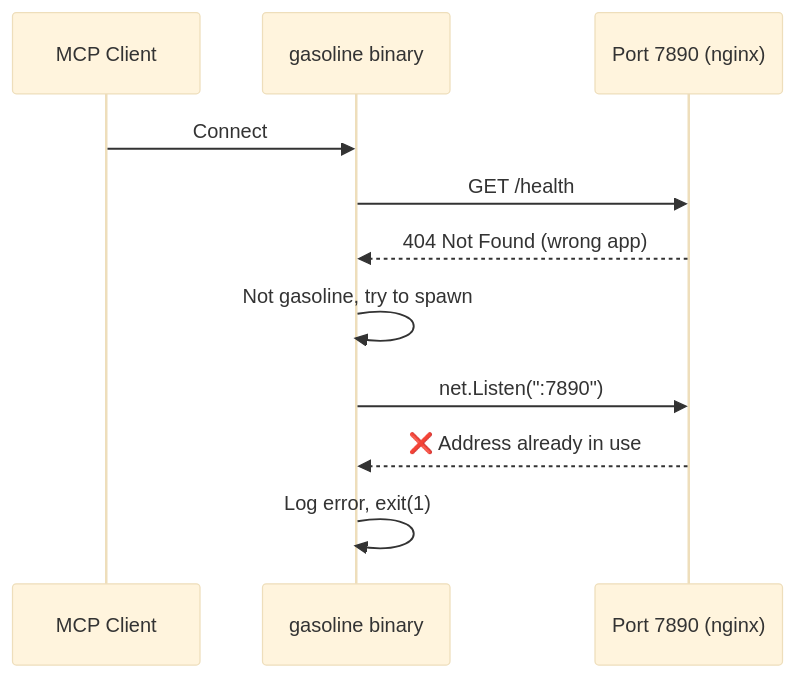
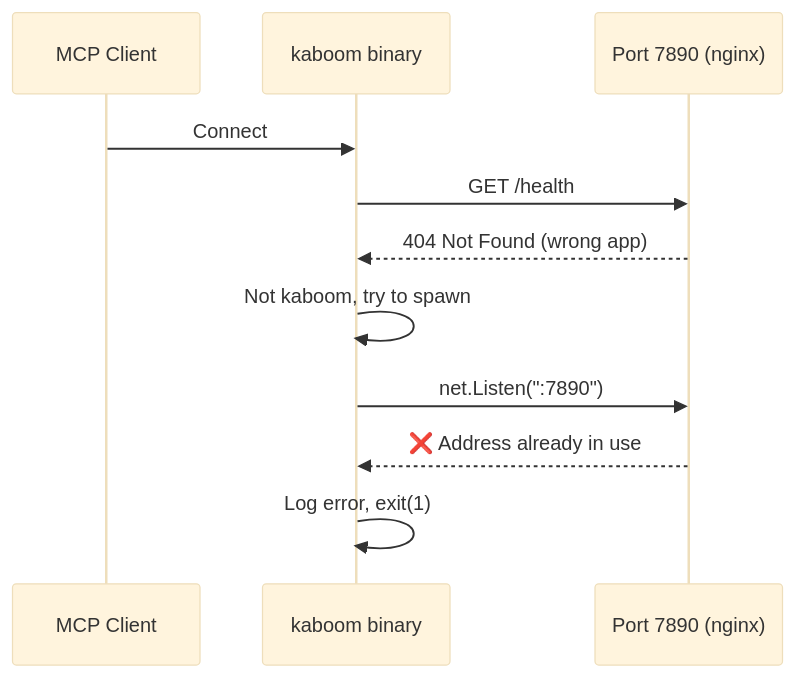
One commit to brennhill/gasoline-mcp-ai-devtools changed the fourth of 17 diagrams in docs/features/mcp-persistent-server/architecture.md. Above: the diagram before and after it, drawn with Mermaid (base theme). The commit also changed other lines of this file and 1983 other files, not shown here.

````diff
--- a/docs/features/mcp-persistent-server/architecture.md
+++ b/docs/features/mcp-persistent-server/architecture.md
@@ -231,14 +231,14 @@
 ```mermaid
 sequenceDiagram
     participant Client as MCP Client
-    participant Binary as gasoline binary
+    participant Binary as kaboom binary
     participant Port as Port 7890 (nginx)
 
     Client->>Binary: Connect
     Binary->>Port: GET /health
     Port-->>Binary: 404 Not Found (wrong app)
-    Binary->>Binary: Not gasoline, try to spawn
+    Binary->>Binary: Not kaboom, try to spawn
     Binary->>Port: net.Listen(":7890")
     Port-->>Binary: ❌ Address already in use
     Binary->>Binary: Log error, exit(1)
 ```
````
